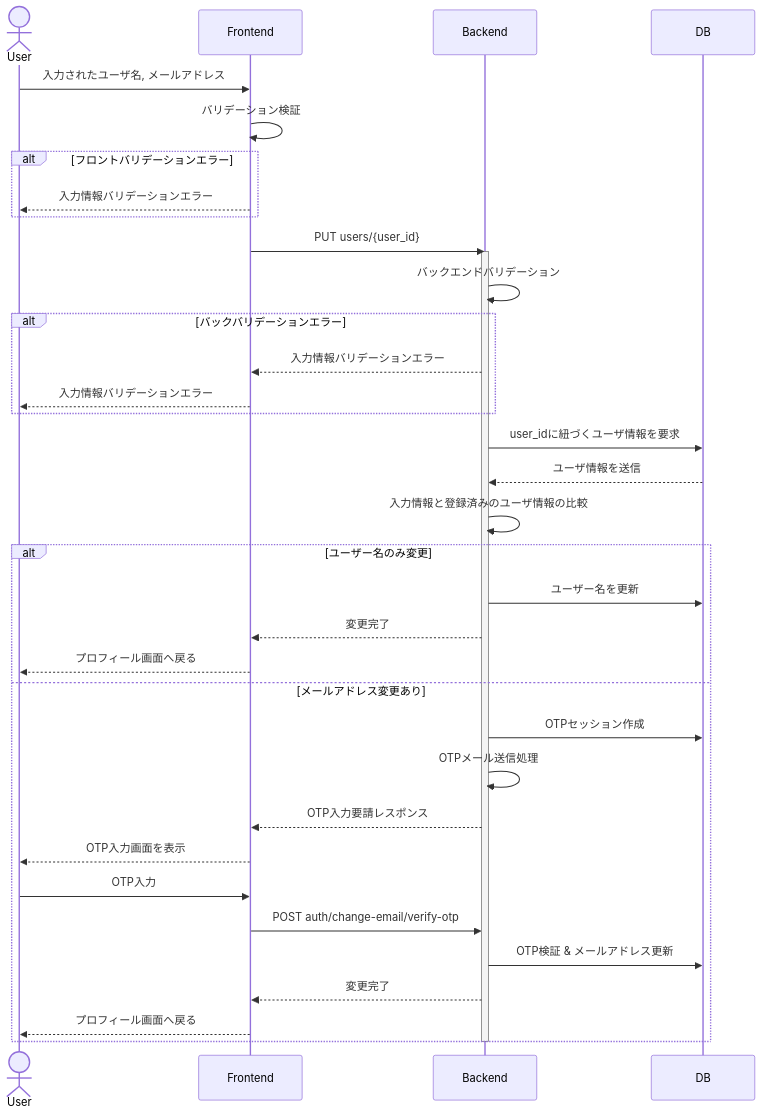
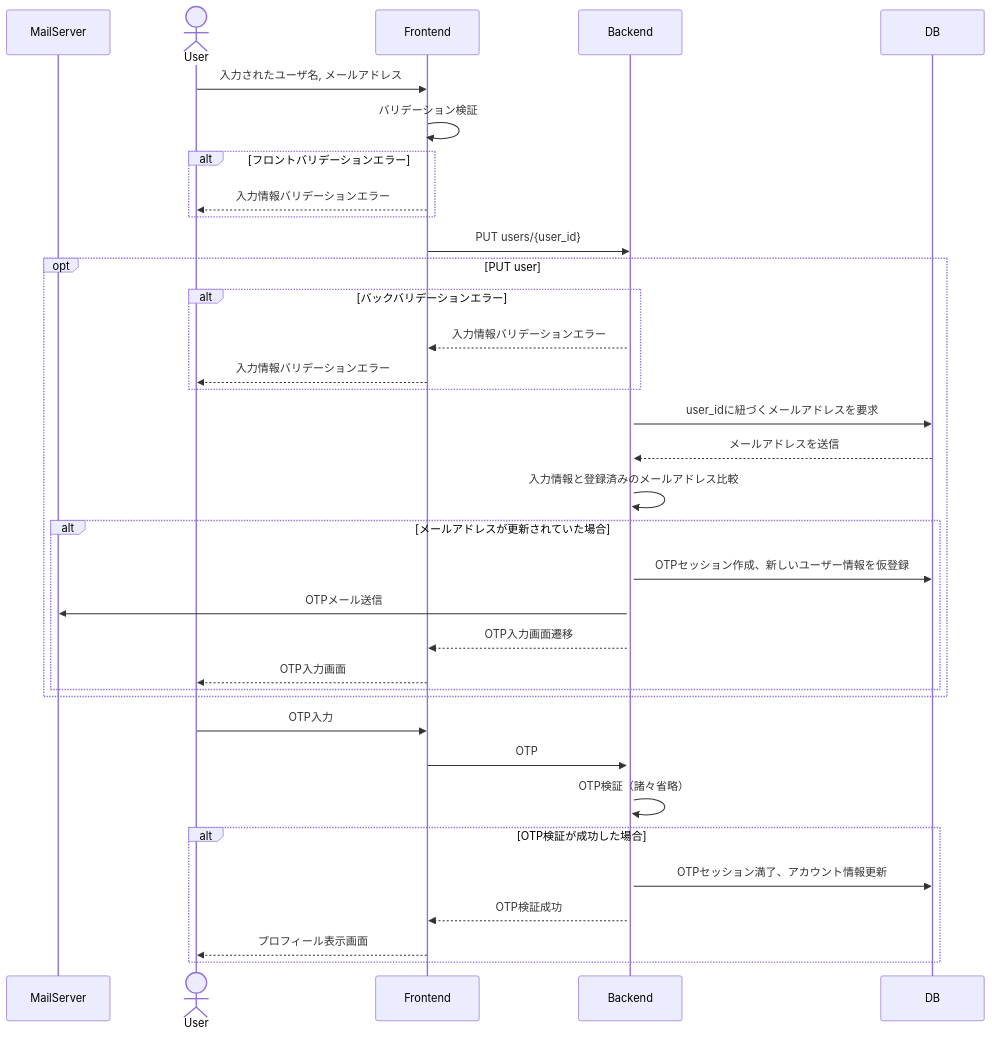
Before and after one commit to TUS-TI-dev-team/SyncTask: the second of 9 diagrams in docs/process_design.md, drawn with Mermaid. The commit also changed other lines of this file, not shown here.

````diff
--- a/docs/process_design.md
+++ b/docs/process_design.md
@@ -60,39 +72,42 @@
 ```mermaid
 sequenceDiagram
+	participant MailServer
 	actor User
 	participant Frontend
 	participant Backend
 	participant DB
 
 	User->>Frontend: 入力されたユーザ名, メールアドレス
 	Frontend->>Frontend: バリデーション検証
 	alt フロントバリデーションエラー
 		Frontend-->>User: 入力情報バリデーションエラー
 	end
 	Frontend->>Backend: PUT users/{user_id}
 	activate Backend
-	Backend->>Backend: バックエンドバリデーション
-	alt バックバリデーションエラー
-		Backend-->>Frontend: 入力情報バリデーションエラー
-		Frontend-->>User: 入力情報バリデーションエラー
+	%%put内でユーザ名の検証 - メアド検証 - OTP飛ばす - 画面遷移
+	opt PUT user
+		alt バックバリデーションエラー
+			Backend-->>Frontend: 入力情報バリデーションエラー
+			Frontend-->>User: 入力情報バリデーションエラー
+		end
+		Backend->>DB: user_idに紐づくメールアドレスを要求
+		DB-->>Backend: メールアドレスを送信
+		Backend->>Backend: 入力情報と登録済みのメールアドレス比較
+		alt メールアドレスが更新されていた場合
+			Backend->>DB: OTPセッション作成、新しいユーザー情報を仮登録
+			Backend->>MailServer: OTPメール送信
+			Backend-->>Frontend: OTP入力画面遷移
+			Frontend-->>User: OTP入力画面
+		end
 	end
-	Backend->>DB: user_idに紐づくユーザ情報を要求
-	DB-->>Backend: ユーザ情報を送信
-	Backend->>Backend: 入力情報と登録済みのユーザ情報の比較
-	alt ユーザー名のみ変更
-		Backend->>DB: ユーザー名を更新
-		Backend-->>Frontend: 変更完了
-		Frontend-->>User: プロフィール画面へ戻る
-	else メールアドレス変更あり
-		Backend->>DB: OTPセッション作成
-		Backend->>Backend: OTPメール送信処理
-		Backend-->>Frontend: OTP入力要請レスポンス
-		Frontend-->>User: OTP入力画面を表示
-		User->>Frontend: OTP入力
-		Frontend->>Backend: POST auth/change-email/verify-otp
-		Backend->>DB: OTP検証 & メールアドレス更新
-		Backend-->>Frontend: 変更完了
-		Frontend-->>User: プロフィール画面へ戻る
+
+	User->>Frontend: OTP入力
+	Frontend->>Backend: OTP
+	Backend->>Backend: OTP検証（諸々省略）
+	alt OTP検証が成功した場合
+		Backend->>DB: OTPセッション満了、アカウント情報更新
+		Backend-->>Frontend: OTP検証成功
+		Frontend-->>User: プロフィール表示画面
 	end
-	deactivate Backend
+	%%変更完了を通知しプロフィール画面へ
 ```
````
